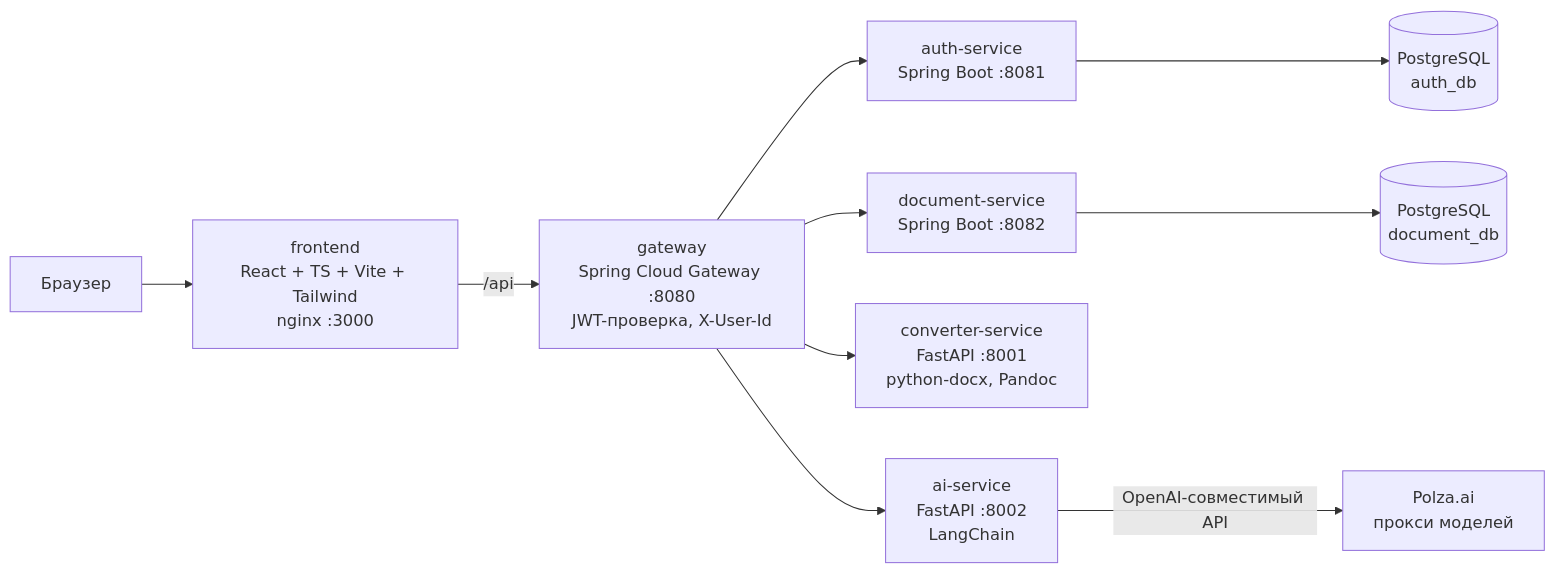
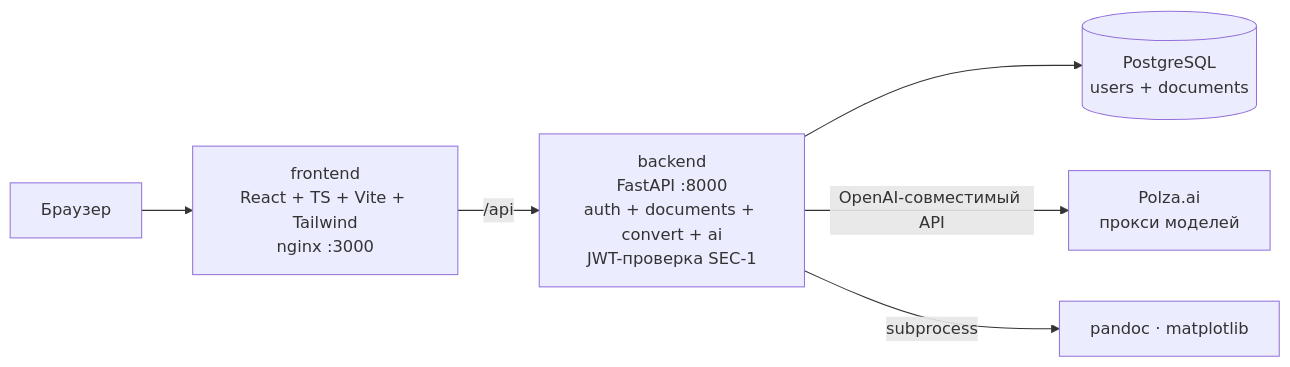
The diagram in docs/architecture/overview.md (alexdarenkov/CourseWorkMaker), drawn with Mermaid before and after one commit. The commit also changed other lines of this file and 132 other files, not shown here.

````diff
--- a/docs/architecture/overview.md
+++ b/docs/architecture/overview.md
@@ -8,12 +8,8 @@
 ```mermaid
 flowchart LR
   U[Браузер] --> F[frontend<br/>React + TS + Vite + Tailwind<br/>nginx :3000]
-  F -->|/api| G[gateway<br/>Spring Cloud Gateway :8080<br/>JWT-проверка, X-User-Id]
-  G --> A[auth-service<br/>Spring Boot :8081]
-  G --> D[document-service<br/>Spring Boot :8082]
-  G --> C[converter-service<br/>FastAPI :8001<br/>python-docx, Pandoc]
-  G --> AI[ai-service<br/>FastAPI :8002<br/>LangChain]
-  A --> P[(PostgreSQL<br/>auth_db)]
-  D --> P2[(PostgreSQL<br/>document_db)]
-  AI -->|OpenAI-совместимый API| K[Polza.ai<br/>прокси моделей]
+  F -->|/api| B[backend<br/>FastAPI :8000<br/>auth + documents + convert + ai<br/>JWT-проверка SEC-1]
+  B --> P[(PostgreSQL<br/>users + documents)]
+  B -->|OpenAI-совместимый API| K[Polza.ai<br/>прокси моделей]
+  B -->|subprocess| X[pandoc · matplotlib]
 ```
````
